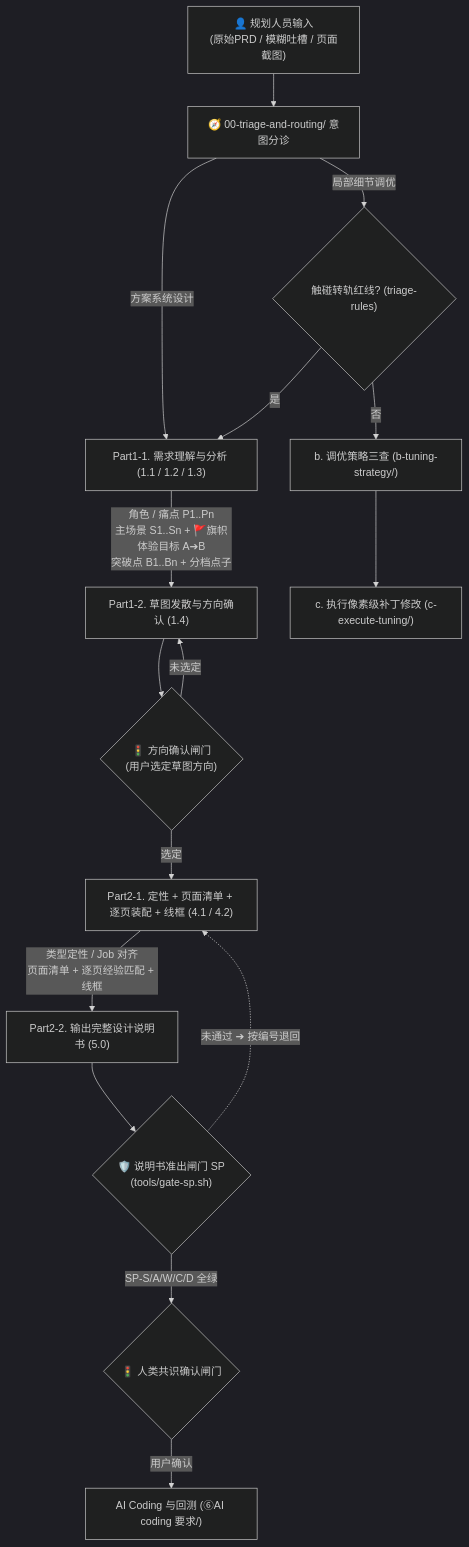
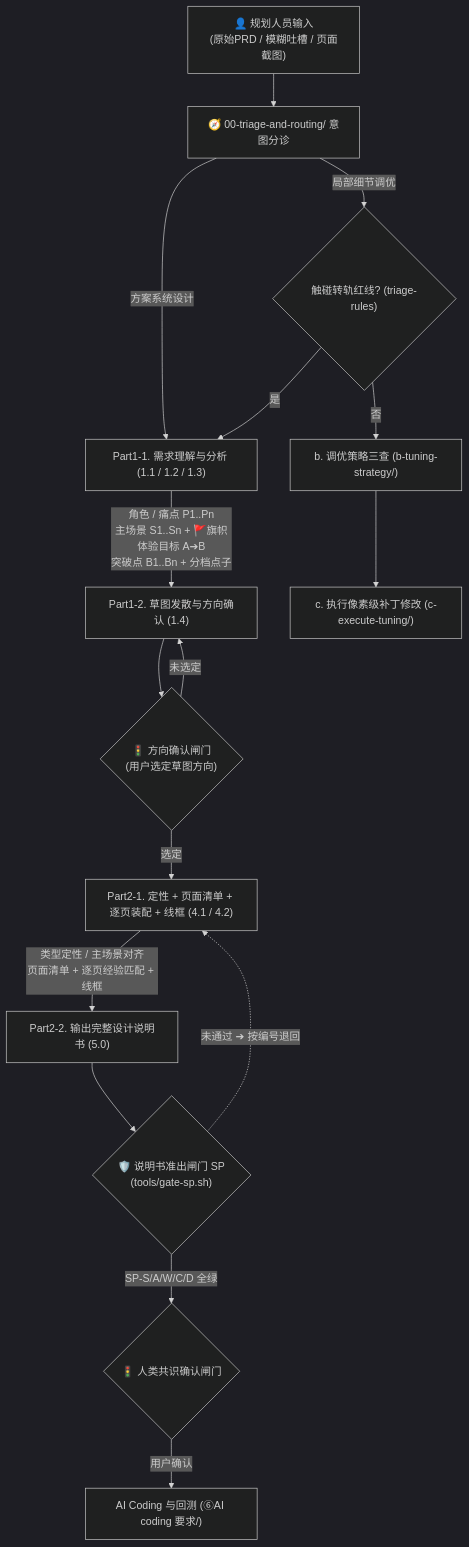
One commit to wangjue2026/skill-designer-prism changed the first of 3 diagrams in 04-workflows-and-cases/execution-sop.md. Above: the diagram before and after it, drawn with Mermaid (dark theme). The commit also changed other lines of this file and 24 other files, not shown here.

````diff
--- a/04-workflows-and-cases/execution-sop.md
+++ b/04-workflows-and-cases/execution-sop.md
@@ -17,20 +17,20 @@
 ```mermaid
 graph TD
     Start["👤 规划人员输入<br>(原始PRD / 模糊吐槽 / 页面截图)"] --> Triage["🧭 00-triage-and-routing/ 意图分诊"]
 
     Triage -->|"方案系统设计"| S1["Part1-1. 需求理解与分析 (1.1 / 1.2 / 1.3)"]
     S1 -->|"角色 / 痛点 P1..Pn<br>主场景 S1..Sn + 🚩旗帜<br>体验目标 A➔B<br>突破点 B1..Bn + 分档点子"| S15["Part1-2. 草图发散与方向确认 (1.4)"]
     S15 --> Gate1{"🚦 方向确认闸门<br>(用户选定草图方向)"}
     Gate1 -->|"未选定"| S15
     Gate1 -->|"选定"| S3["Part2-1. 定性 + 页面清单 + 逐页装配 + 线框 (4.1 / 4.2)"]
-    S3 -->|"类型定性 / Job 对齐<br>页面清单 + 逐页经验匹配 + 线框"| S4["Part2-2. 输出完整设计说明书 (5.0)"]
+    S3 -->|"类型定性 / 主场景对齐<br>页面清单 + 逐页经验匹配 + 线框"| S4["Part2-2. 输出完整设计说明书 (5.0)"]
     S4 --> Check{"🛡️ 说明书准出闸门 SP<br>(tools/gate-sp.sh)"}
     Check -->|"SP-S/A/W/C/D 全绿"| Gate{"🚦 人类共识确认闸门"}
     Check -.->|"未通过 ➔ 按编号退回"| S3
     Gate -->|"用户确认"| S5["AI Coding 与回测 (⑥AI coding 要求/)"]
 
     Triage -->|"局部细节调优"| Redline{"触碰转轨红线? (triage-rules)"}
     Redline -->|"是"| S1
     Redline -->|"否"| M2["b. 调优策略三查 (b-tuning-strategy/)"]
     M2 --> M3["c. 执行像素级补丁修改 (c-execute-tuning/)"]
 ```
````
